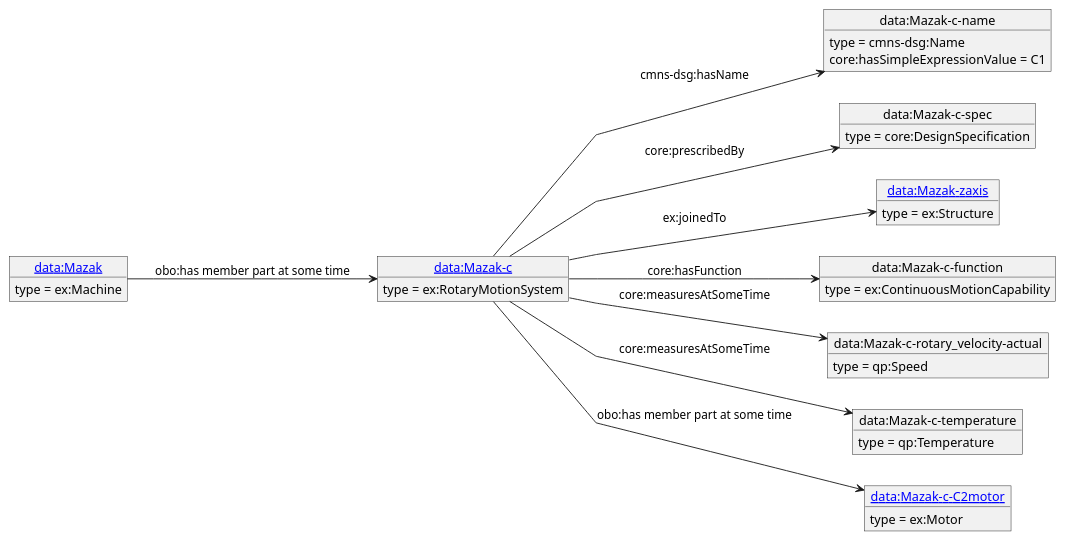
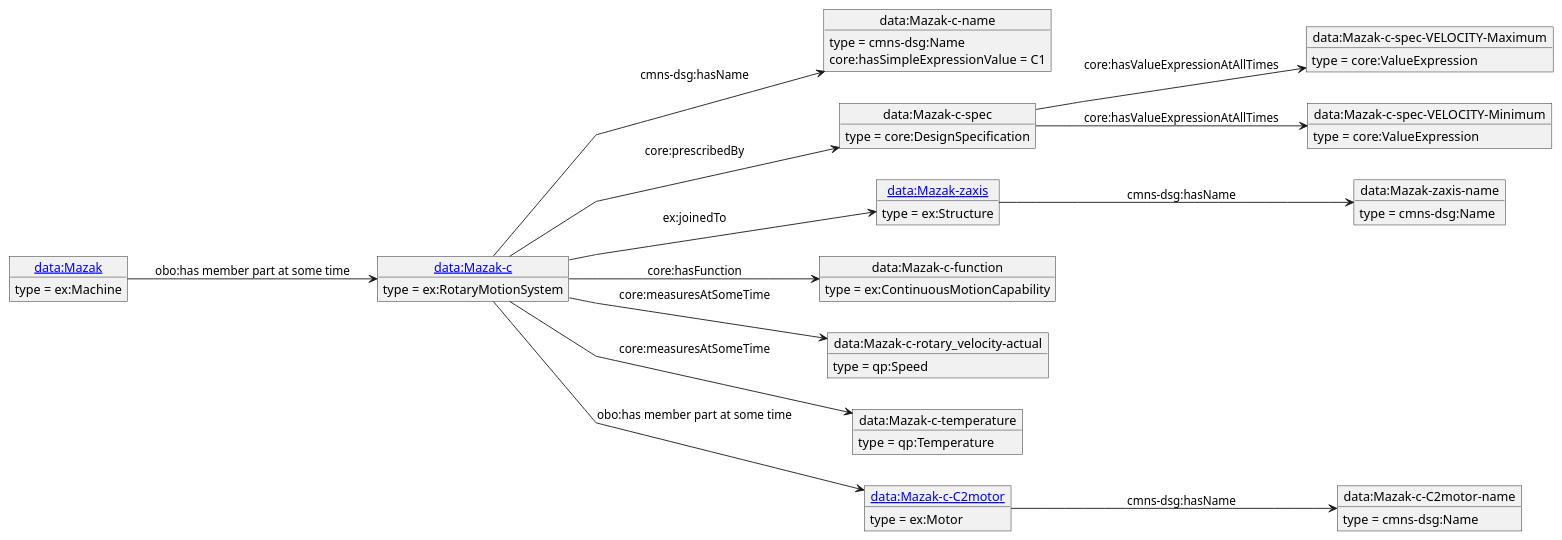
Before and after one commit to iofoundry/example-syseng-mtconnect: the diagram in diagrams/Mazak-c.puml, drawn with PlantUML. The commit also changed 162 other files, not shown here.

```diff
--- a/diagrams/Mazak-c.puml
+++ b/diagrams/Mazak-c.puml
@@ -1,40 +1,56 @@
 @startuml
 skinparam linetype polyline
 left to right direction
 object "[[./Mazak-c.html data:Mazak-c]]" as o1 {
  type = ex:RotaryMotionSystem
  }
 object "data:Mazak-c-name" as o2 {
  type = cmns-dsg:Name
  }
 object "data:Mazak-c-spec" as o3 {
  type = core:DesignSpecification
  }
-object "[[./Mazak-zaxis.html data:Mazak-zaxis]]" as o4 {
+object "data:Mazak-c-spec-VELOCITY-Maximum" as o4 {
+ type = core:ValueExpression
+ }
+object "data:Mazak-c-spec-VELOCITY-Minimum" as o5 {
+ type = core:ValueExpression
+ }
+object "[[./Mazak-zaxis.html data:Mazak-zaxis]]" as o6 {
  type = ex:Structure
  }
-object "data:Mazak-c-function" as o5 {
+object "data:Mazak-zaxis-name" as o7 {
+ type = cmns-dsg:Name
+ }
+object "data:Mazak-c-function" as o8 {
  type = ex:ContinuousMotionCapability
  }
-object "data:Mazak-c-rotary_velocity-actual" as o6 {
+object "data:Mazak-c-rotary_velocity-actual" as o9 {
  type = qp:Speed
  }
-object "data:Mazak-c-temperature" as o7 {
+object "data:Mazak-c-temperature" as o10 {
  type = qp:Temperature
  }
-object "[[./Mazak-c-C2motor.html data:Mazak-c-C2motor]]" as o8 {
+object "[[./Mazak-c-C2motor.html data:Mazak-c-C2motor]]" as o11 {
  type = ex:Motor
  }
-object "[[./Mazak.html data:Mazak]]" as o9 {
+object "data:Mazak-c-C2motor-name" as o12 {
+ type = cmns-dsg:Name
+ }
+object "[[./Mazak.html data:Mazak]]" as o13 {
  type = ex:Machine
  }
 o1 --> o2 : cmns-dsg:hasName
 o2 : core:hasSimpleExpressionValue = C1
 o1 --> o3 : core:prescribedBy
-o1 --> o4 : ex:joinedTo
-o1 --> o5 : core:hasFunction
-o1 --> o6 : core:measuresAtSomeTime
-o1 --> o7 : core:measuresAtSomeTime
-o1 --> o8 : obo:has member part at some time
-o9 --> o1 : obo:has member part at some time
+o3 --> o4 : core:hasValueExpressionAtAllTimes
+o3 --> o5 : core:hasValueExpressionAtAllTimes
+o1 --> o6 : ex:joinedTo
+o6 --> o7 : cmns-dsg:hasName
+o1 --> o8 : core:hasFunction
+o1 --> o9 : core:measuresAtSomeTime
+o1 --> o10 : core:measuresAtSomeTime
+o1 --> o11 : obo:has member part at some time
+o11 --> o12 : cmns-dsg:hasName
+o13 --> o1 : obo:has member part at some time
 @enduml
```
